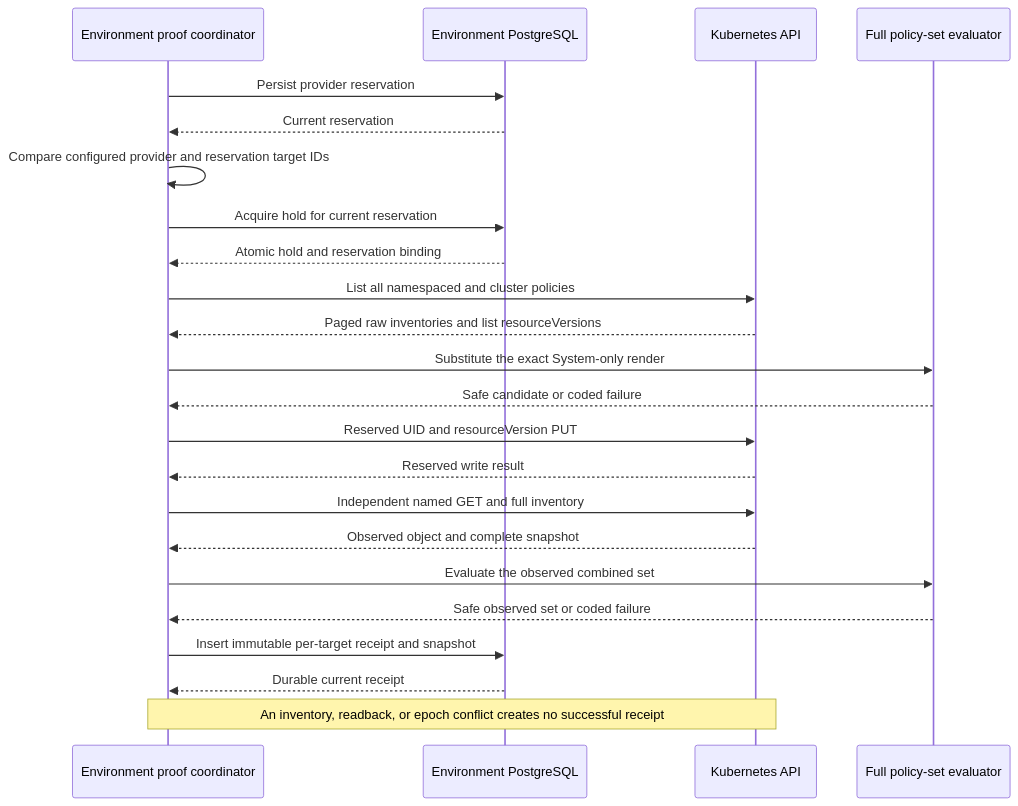
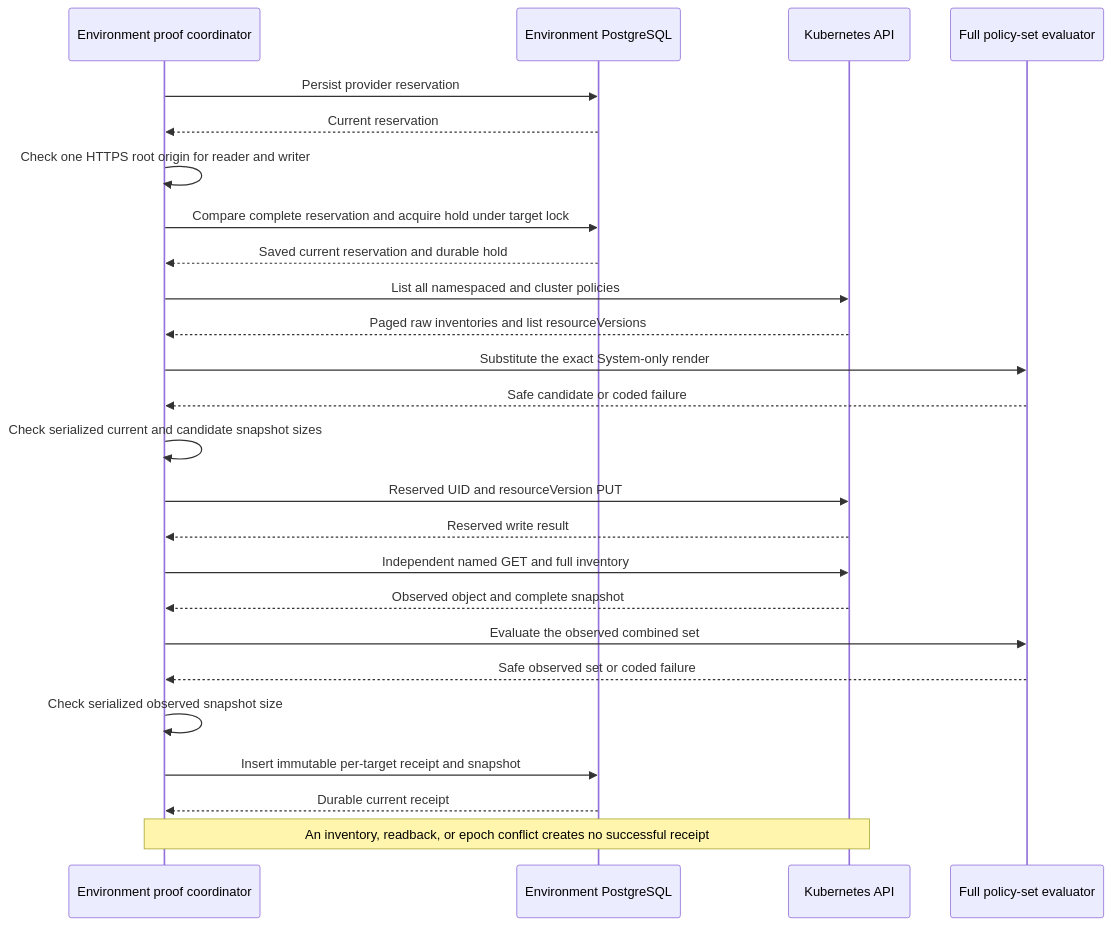
The second of 4 diagrams in docs/architecture/environment-egress.md (sabbour/agentweaver), drawn with Mermaid before and after one commit. The commit also changed other lines of this file and 14 other files, not shown here.

````diff
--- a/docs/architecture/environment-egress.md
+++ b/docs/architecture/environment-egress.md
@@ -157,25 +157,27 @@
 ```mermaid
 sequenceDiagram
     participant E as Environment proof coordinator
     participant DB as Environment PostgreSQL
     participant K as Kubernetes API
     participant V as Full policy-set evaluator
     E->>DB: Persist provider reservation
     DB-->>E: Current reservation
-    E->>E: Compare configured provider and reservation target IDs
-    E->>DB: Acquire hold for current reservation
-    DB-->>E: Atomic hold and reservation binding
+    E->>E: Check one HTTPS root origin for reader and writer
+    E->>DB: Compare complete reservation and acquire hold under target lock
+    DB-->>E: Saved current reservation and durable hold
     E->>K: List all namespaced and cluster policies
     K-->>E: Paged raw inventories and list resourceVersions
     E->>V: Substitute the exact System-only render
     V-->>E: Safe candidate or coded failure
+    E->>E: Check serialized current and candidate snapshot sizes
     E->>K: Reserved UID and resourceVersion PUT
     K-->>E: Reserved write result
     E->>K: Independent named GET and full inventory
     K-->>E: Observed object and complete snapshot
     E->>V: Evaluate the observed combined set
     V-->>E: Safe observed set or coded failure
+    E->>E: Check serialized observed snapshot size
     E->>DB: Insert immutable per-target receipt and snapshot
     DB-->>E: Durable current receipt
     Note over E,K: An inventory, readback, or epoch conflict creates no successful receipt
 ```
````
